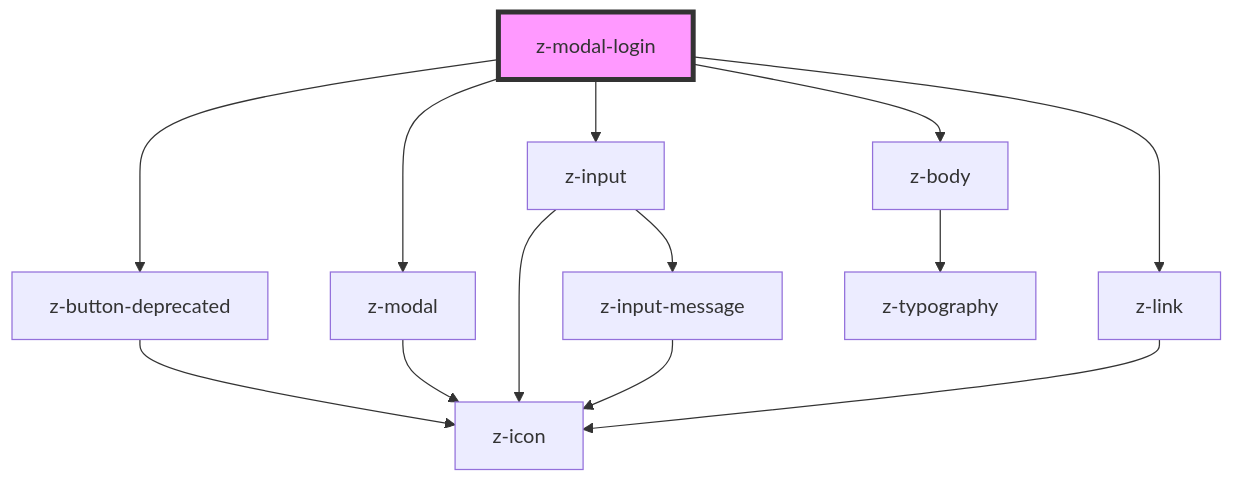
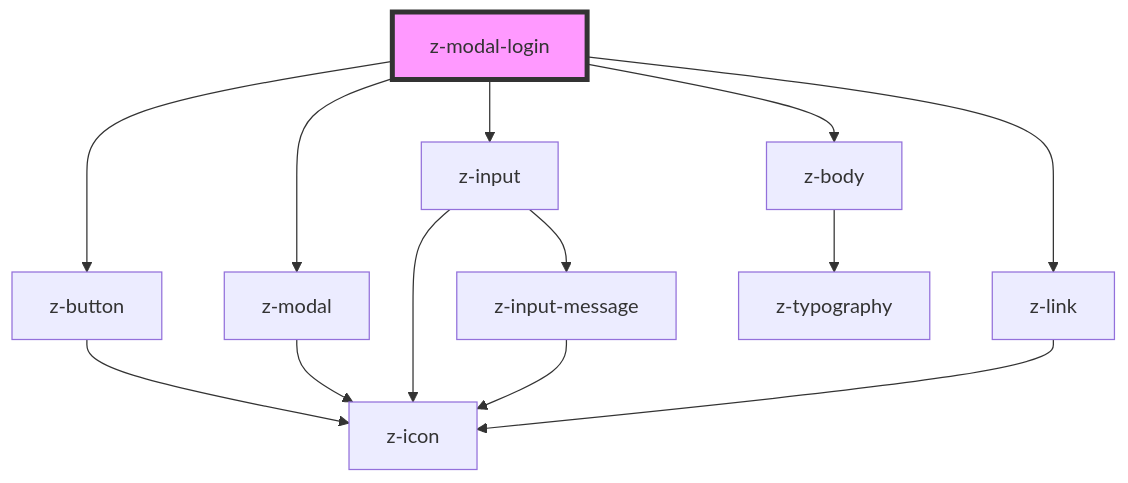
Before and after one commit to ZanichelliEditore/design-system: the diagram in src/components/modal/z-modal-login/readme.md, drawn with Mermaid. The commit also changed other lines of this file and 12 other files, not shown here.

Commit message:
chore: replace z-button on z-modal-login and z-footer

````diff
--- a/src/components/modal/z-modal-login/readme.md
+++ b/src/components/modal/z-modal-login/readme.md
@@ -49,16 +49,16 @@
 ```mermaid
 graph TD;
-  z-modal-login --> z-button-deprecated
+  z-modal-login --> z-button
   z-modal-login --> z-modal
   z-modal-login --> z-input
   z-modal-login --> z-link
   z-modal-login --> z-body
-  z-button-deprecated --> z-icon
+  z-button --> z-icon
   z-modal --> z-icon
   z-input --> z-icon
   z-input --> z-input-message
   z-input-message --> z-icon
   z-link --> z-icon
   z-body --> z-typography
   style z-modal-login fill:#f9f,stroke:#333,stroke-width:4px
 ```
````
